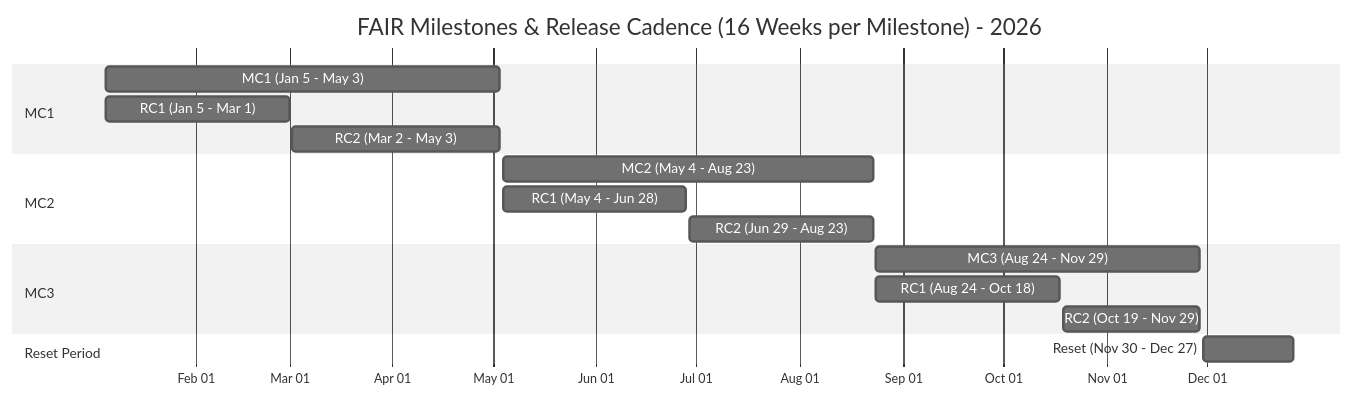
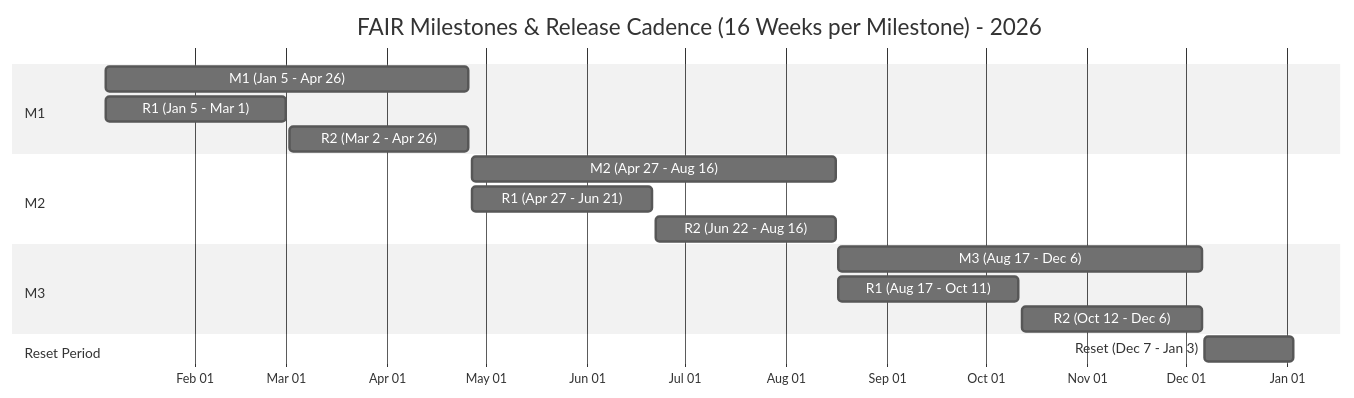
The first of 2 diagrams in process/release-calendar.md (fairpm/tsc), drawn with Mermaid before and after one commit. The commit also changed other lines of this file, not shown here.

````diff
--- a/process/release-calendar.md
+++ b/process/release-calendar.md
@@ -17,26 +19,26 @@
 ```mermaid
 %%{init: {'theme':'neutral'}}%%
 
 gantt
     title FAIR Milestones & Release Cadence (16 Weeks per Milestone) - 2026
     dateFormat YYYY-MM-DD
     axisFormat %b %d
     
-    section MC1
-    MC1 (Jan 5 - May 3)     :mc1, 2026-01-05, 2026-05-03
-    RC1 (Jan 5 - Mar 1)      :rc1_1, 2026-01-05, 2026-03-01
-    RC2 (Mar 2 - May 3)    :rc1_2, 2026-03-02, 2026-05-03
+    section M1
+    M1 (Jan 5 - Apr 26)     :m1, 2026-01-05, 2026-04-26
+    R1 (Jan 5 - Mar 1)      :r1_1, 2026-01-05, 2026-03-01
+    R2 (Mar 2 - Apr 26)     :r1_2, 2026-03-02, 2026-04-26
     
-    section MC2
-    MC2 (May 4 - Aug 23)   :mc2, 2026-05-04, 2026-08-23
-    RC1 (May 4 - Jun 28)   :rc2_1, 2026-05-04, 2026-06-28
-    RC2 (Jun 29 - Aug 23)  :rc2_2, 2026-06-29, 2026-08-23
+    section M2
+    M2 (Apr 27 - Aug 16)   :m2, 2026-04-27, 2026-08-16
+    R1 (Apr 27 - Jun 21)   :r2_1, 2026-04-27, 2026-06-21
+    R2 (Jun 22 - Aug 16)   :r2_2, 2026-06-22, 2026-08-16
     
-    section MC3
-    MC3 (Aug 24 - Nov 29)  :mc3, 2026-08-24, 2026-11-29
-    RC1 (Aug 24 - Oct 18)  :rc3_1, 2026-08-24, 2026-10-18
-    RC2 (Oct 19 - Nov 29)  :rc3_2, 2026-10-19, 2026-11-29
+    section M3
+    M3 (Aug 17 - Dec 6)   :m3, 2026-08-17, 2026-12-06
+    R1 (Aug 17 - Oct 11)  :r3_1, 2026-08-17, 2026-10-11
+    R2 (Oct 12 - Dec 6)   :r3_2, 2026-10-12, 2026-12-06
     
     section Reset Period
-    Reset (Nov 30 - Dec 27) :reset, 2026-11-30, 2026-12-27
+    Reset (Dec 7 - Jan 3) :reset, 2026-12-07, 2027-01-03
 ```
````
